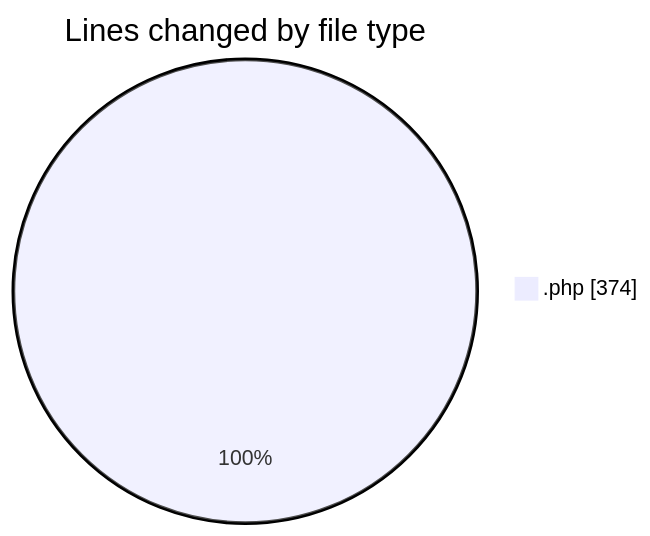
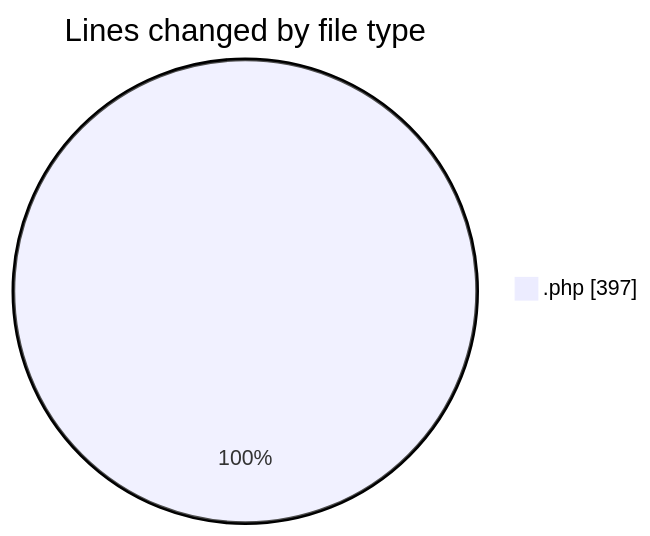
Before and after one commit to LanceThiago/code-tracking: the first of 2 diagrams in 2026-08-25/jogo/README.md, drawn with Mermaid. The commit also changed other lines of this file and 1 other file, not shown here.

````diff
--- a/2026-08-25/jogo/README.md
+++ b/2026-08-25/jogo/README.md
@@ -21,5 +21,5 @@
 ```mermaid
 pie showData
 title Lines changed by file type
-".php" : 374
+".php" : 397
 ```
````
